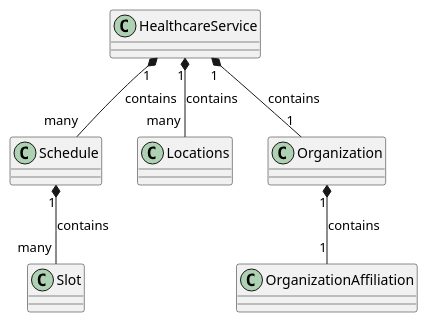
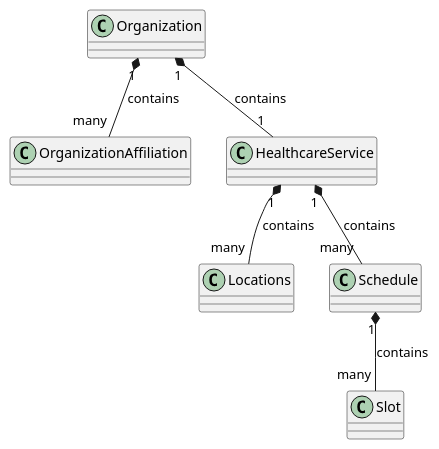
The diagram in NHSEnglandProgrammeImplementationGuides/backup/guides/Directory-of-Service/Home/Design/Data-mapping.page.md (NHSDigital/IOPS-FHIR-Simplifier-Backup), drawn with PlantUML before and after one commit. The commit also changed other lines of this file and 9 other files, not shown here.

```diff
--- a/NHSEnglandProgrammeImplementationGuides/backup/guides/Directory-of-Service/Home/Design/Data-mapping.page.md
+++ b/NHSEnglandProgrammeImplementationGuides/backup/guides/Directory-of-Service/Home/Design/Data-mapping.page.md
@@ -8,7 +8,7 @@
 @startuml
+Organization "1" *-- "many" OrganizationAffiliation : contains
+Organization "1" *-- "1" HealthcareService : contains
+HealthcareService "1" *-- "many" Locations : contains
 HealthcareService "1" *-- "many" Schedule : contains
 Schedule "1" *-- "many" Slot : contains
-HealthcareService "1" *-- "many" Locations : contains
-HealthcareService "1" *-- "1" Organization : contains
-Organization "1" *-- "1" OrganizationAffiliation : contains
 @enduml
```
